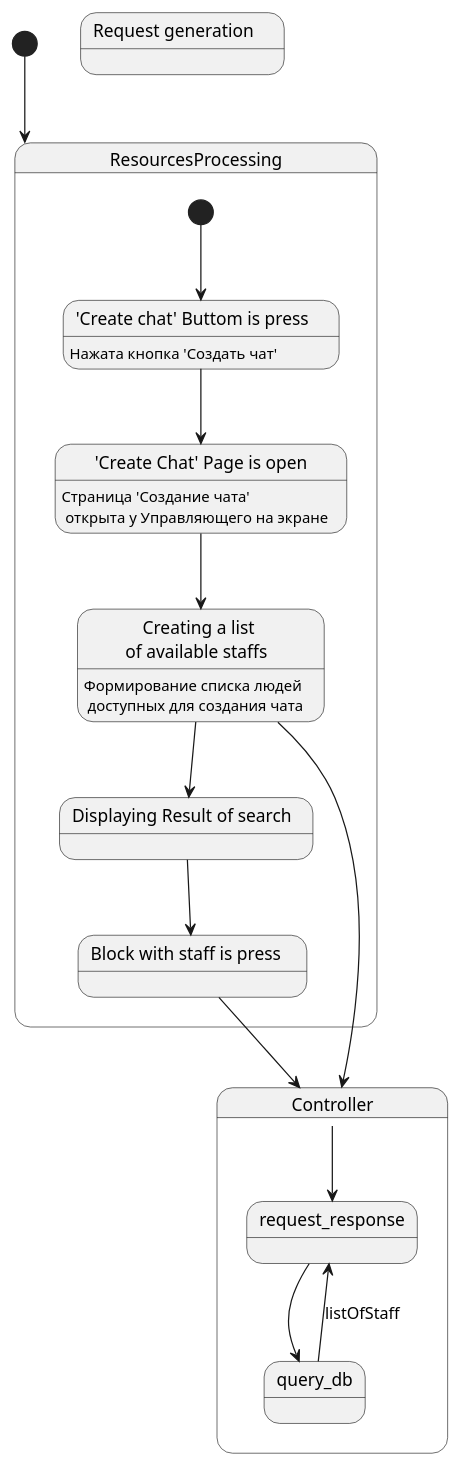
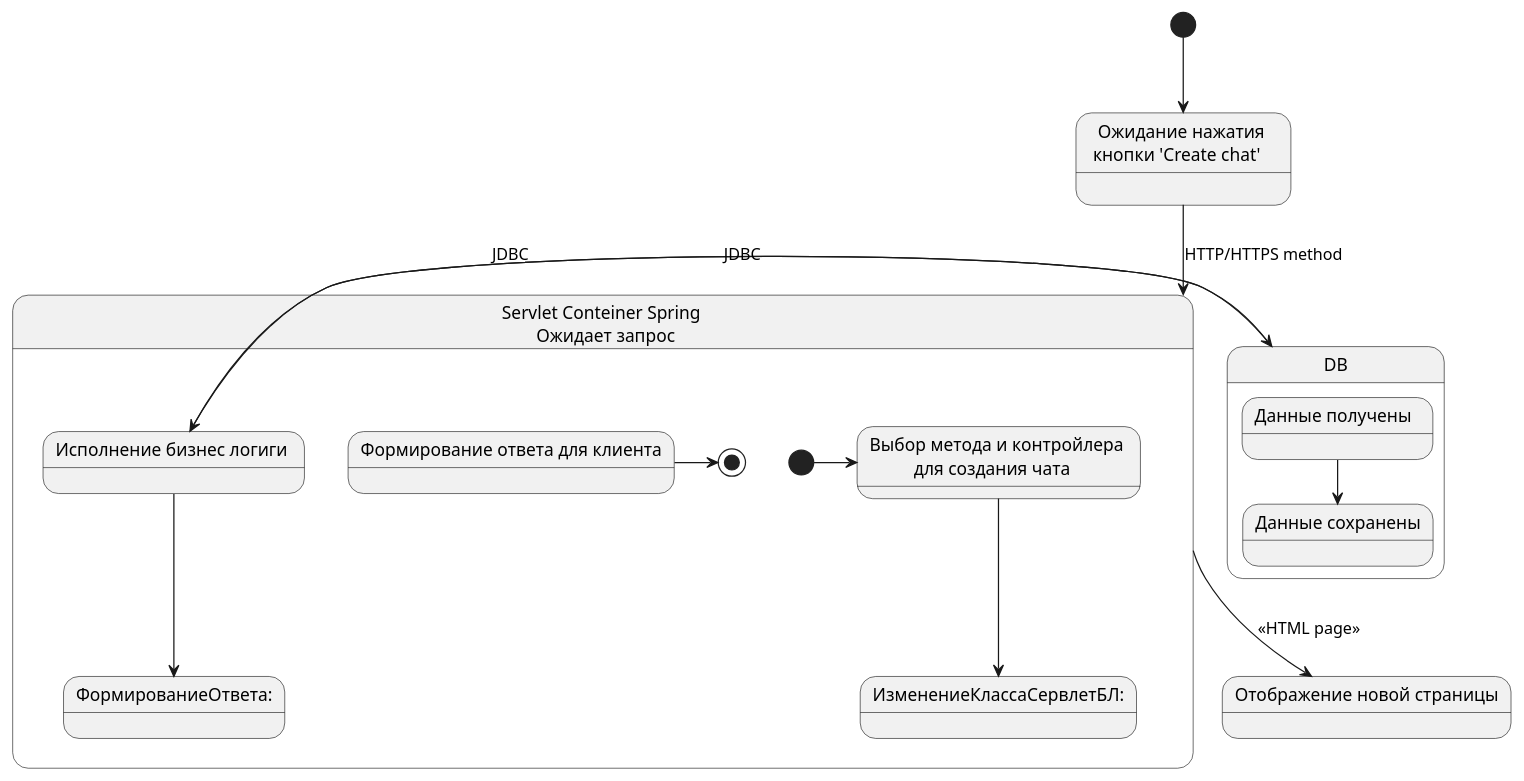
Before and after one commit to Pahoomich/nwchat: the diagram in UML/state machine diagram/create_chat.puml, drawn with PlantUML.

Commit message:
changed state diagram

```diff
--- a/UML/state machine diagram/create_chat.puml
+++ b/UML/state machine diagram/create_chat.puml
@@ -1,33 +1,66 @@
 @startuml
-[*] --> ResourcesProcessing
+'[*] --> ResourcesProcessing
+'
+'state ResourcesProcessing {
+'  [*] --> PushOrederButtomIsPress
+'  PushOrederButtomIsPress --> CreateChatPageIsOpen
+'  CreateChatPageIsOpen --> CreateListOfPeople
+'  CreateListOfPeople --> ResultSearch
+'  ResultSearch --> BlockPress
+'}
+'CreateListOfPeople --> Controller
+'BlockPress --> Controller
+'state Controller{
+'    state request_response {
+'
+'    }
+'    state query_db {
+'
+'    }
+'
+'    Controller --> request_response
+'    request_response -> query_db
+'    query_db --> request_response: listOfStaff
+'}
+'
+'
+'State "'Create chat' Buttom is press    " as PushOrederButtomIsPress: Нажата кнопка 'Создать чат'
+'State "'Create Chat' Page is open" as CreateChatPageIsOpen: Страница 'Создание чата' \n открыта у Управляющего на экране
+'State "Creating a list \n of available staffs   " as CreateListOfPeople: Формирование списка людей \n доступных для создания чата
+'State "Request generation    " as RequestGen
+'State "Displaying Result of search  " as ResultSearch
+'State "Block with staff is press   " as BlockPress
 
-state ResourcesProcessing {
-  [*] --> PushOrederButtomIsPress
-  PushOrederButtomIsPress --> CreateChatPageIsOpen
-  CreateChatPageIsOpen --> CreateListOfPeople
-  CreateListOfPeople --> ResultSearch
-  ResultSearch --> BlockPress
-}
-CreateListOfPeople --> Controller
-BlockPress --> Controller
-state Controller{
-    state request_response {
+[*] --> ИзменениеОбъектаВРесурсах
+state ИзменениеОбъектаВРесурсах {
 
-    }
-    state query_db {
-
-    }
-
-    Controller --> request_response
-    request_response -> query_db
-    query_db --> request_response: listOfStaff
 }
 
+state ИзменениеКлассаСервлет {
+    state "Выбор метода и контройлера \n для создания чата    " as ИзменениеВКонтройлере
+    [*] -> ИзменениеВКонтройлере
+    state "Выбор модели" as ИзменениеКлассаСервлетБЛ
+    ИзменениеВКонтройлере --> ИзменениеКлассаСервлетБЛ: <<ChatModel>>
+    ИзменениеКлассаСервлетБЛ --> ФормированиеОтвета:<<ModelAndView>>
+    ФормированиеОтвета -> [*]
+}
+ИзменениеОбъектаВРесурсах --> ИзменениеКлассаСервлет :HTTP/HTTPS method
 
-State "'Create chat' Buttom is press    " as PushOrederButtomIsPress: Нажата кнопка 'Создать чат'
-State "'Create Chat' Page is open" as CreateChatPageIsOpen: Страница 'Создание чата' \n открыта у Управляющего на экране
-State "Creating a list \n of available staffs   " as CreateListOfPeople: Формирование списка людей \n доступных для создания чата
-State "Request generation    " as RequestGen
-State "Displaying Result of search  " as ResultSearch
-State "Block with staff is press   " as BlockPress
+
+state DB {
+    state "Данные получены  " as data_recive
+    state "Данные сохранены" as data_save
+    data_recive --> data_save
+}
+ИзменениеКлассаСервлетБЛ -> DB :JDBC
+DB -> ИзменениеКлассаСервлетБЛ :JDBC
+
+ИзменениеКлассаСервлет --> НоваяСтраница : <<HTML page>>
+
+state "Ожидание нажатия \n кнопки 'Create chat'    " as ИзменениеОбъектаВРесурсах:
+state "Servlet Conteiner Spring \n Ожидает запрос" as ИзменениеКлассаСервлет
+state "Исполнение бизнес логиги " as ИзменениеКлассаСервлетБЛ
+state "Формирование ответа для клиента" as ФормированиеОтвета
+state "Отображение новой страницы" as НоваяСтраница
+
 @enduml
```
